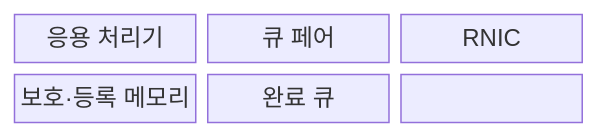
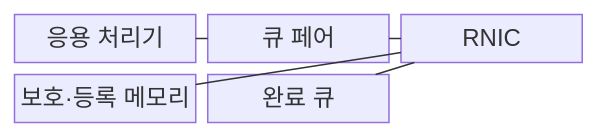
Before and after one commit to agnusdei1207/knowledge-base: the first of 2 diagrams in src/content/docs/notes/04-network/102_rdma.md, drawn with Mermaid. The commit also changed other lines of this file and 16 other files, not shown here.

````diff
--- a/src/content/docs/notes/04-network/102_rdma.md
+++ b/src/content/docs/notes/04-network/102_rdma.md
@@ -55,11 +55,13 @@
 ```mermaid
 block-beta
     columns 3
     A["응용 처리기"]
     B["큐 페어"]
     C["RNIC"]
     D["보호·등록 메모리"]
     E["완료 큐"]
-    A --- B --- C
-    C --- D --- E
+    A --- B
+    B --- C
+    C --- D
+    C --- E
 ```
````
